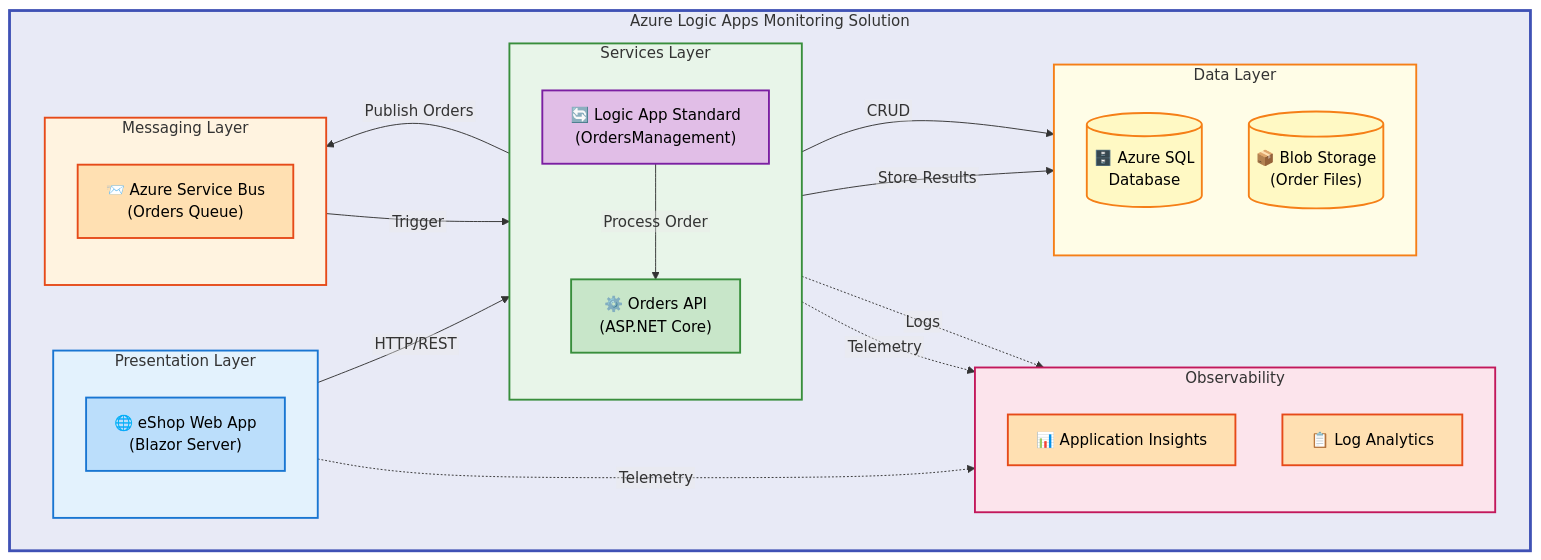
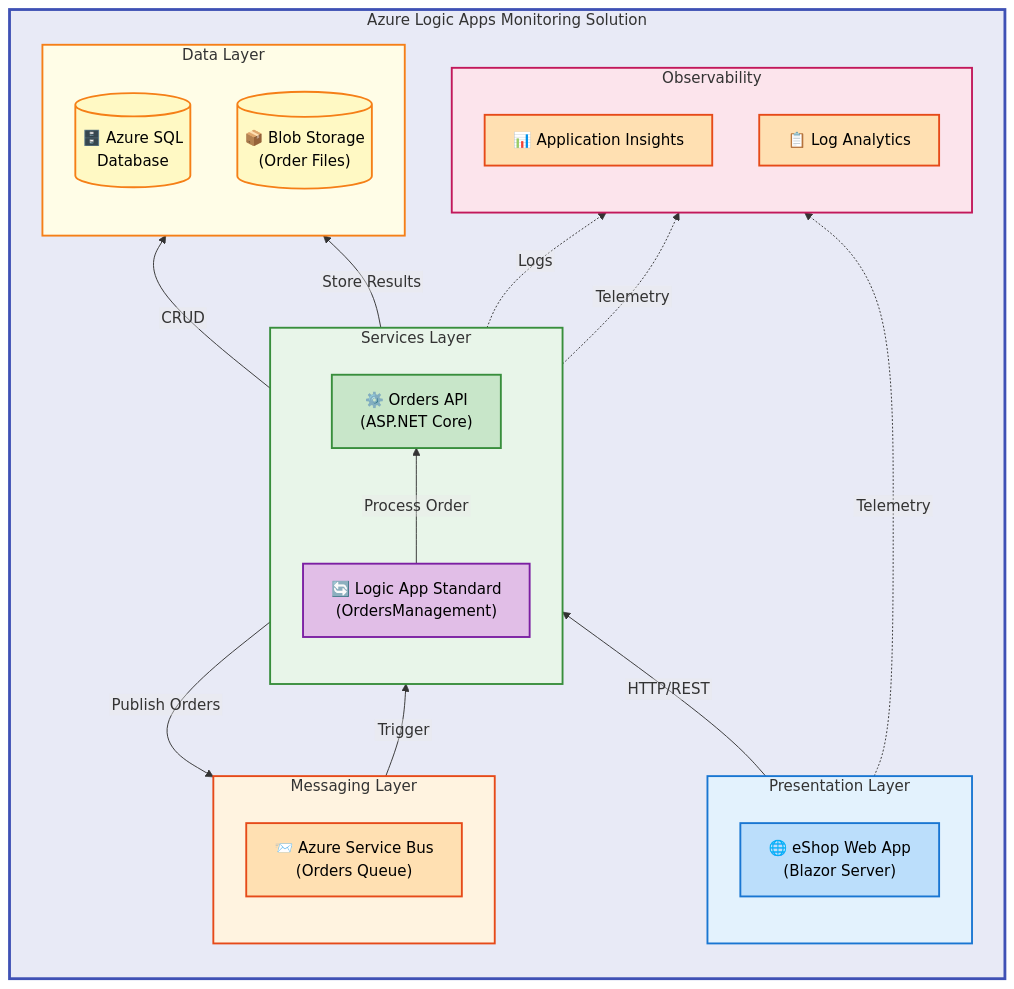
Before and after one commit to Evilazaro/Azure-LogicApps-Monitoring: the diagram in README.md, drawn with Mermaid.

Commit message:
Refactor README.md: change flowchart direction from top-bottom to bottom-top for consistency

````diff
--- a/README.md
+++ b/README.md
@@ -38,58 +38,58 @@
 ```mermaid
 %%{init: {"flowchart": {"htmlLabels": false}} }%%
 flowchart TD
     classDef mdBlue fill:#BBDEFB,stroke:#1976D2,stroke-width:2px,color:#000
     classDef mdGreen fill:#C8E6C9,stroke:#388E3C,stroke-width:2px,color:#000
     classDef mdOrange fill:#FFE0B2,stroke:#E64A19,stroke-width:2px,color:#000
     classDef mdPurple fill:#E1BEE7,stroke:#7B1FA2,stroke-width:2px,color:#000
     classDef mdYellow fill:#FFF9C4,stroke:#F57F17,stroke-width:2px,color:#000
 
     subgraph system["Azure Logic Apps Monitoring Solution"]
-
+        direction BT
         subgraph presentation["Presentation Layer"]
-            direction TB
+            direction BT
             webApp["🌐 eShop Web App<br/>(Blazor Server)"]:::mdBlue
         end
 
         subgraph services["Services Layer"]
-            direction TB
+            direction BT
             ordersApi["⚙️ Orders API<br/>(ASP.NET Core)"]:::mdGreen
             logicApp["🔄 Logic App Standard<br/>(OrdersManagement)"]:::mdPurple
         end
 
         subgraph messaging["Messaging Layer"]
             direction BT
             serviceBus["📨 Azure Service Bus<br/>(Orders Queue)"]:::mdOrange
         end
 
         subgraph data["Data Layer"]
             direction BT
             sqlDb[("🗄️ Azure SQL<br/>Database")]:::mdYellow
             blobStorage[("📦 Blob Storage<br/>(Order Files)")]:::mdYellow
         end
 
         subgraph observability["Observability"]
             direction BT
             appInsights["📊 Application Insights"]:::mdOrange
             logAnalytics["📋 Log Analytics"]:::mdOrange
         end
 
         webApp -->|"HTTP/REST"| ordersApi
         ordersApi -->|"Publish Orders"| serviceBus
         serviceBus -->|"Trigger"| logicApp
         logicApp -->|"Process Order"| ordersApi
         logicApp -->|"Store Results"| blobStorage
         ordersApi -->|"CRUD"| sqlDb
 
         webApp -.->|"Telemetry"| appInsights
         ordersApi -.->|"Telemetry"| appInsights
         logicApp -.->|"Logs"| logAnalytics
     end
 
     style system fill:#E8EAF6,stroke:#3F51B5,stroke-width:3px
     style presentation fill:#E3F2FD,stroke:#1976D2,stroke-width:2px
     style services fill:#E8F5E9,stroke:#388E3C,stroke-width:2px
     style messaging fill:#FFF3E0,stroke:#E64A19,stroke-width:2px
     style data fill:#FFFDE7,stroke:#F57F17,stroke-width:2px
     style observability fill:#FCE4EC,stroke:#C2185B,stroke-width:2px
 ```
````
